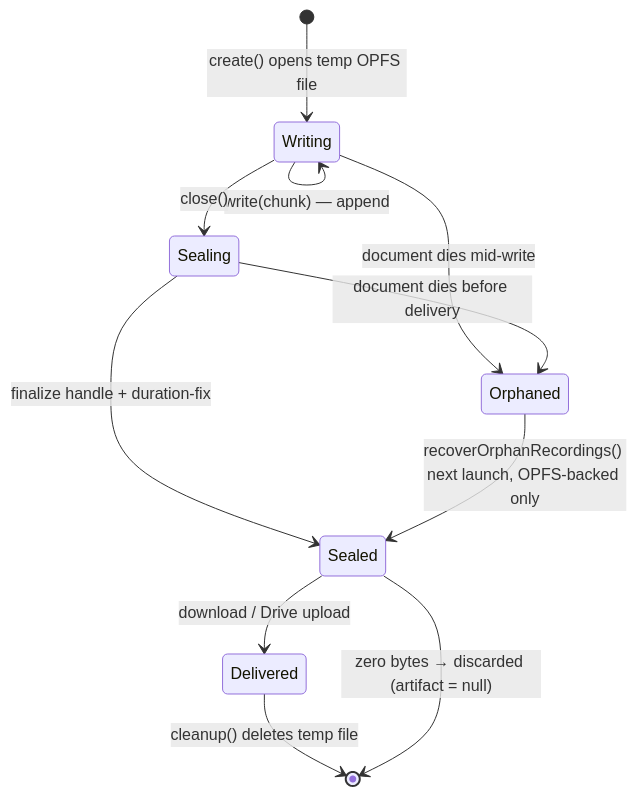
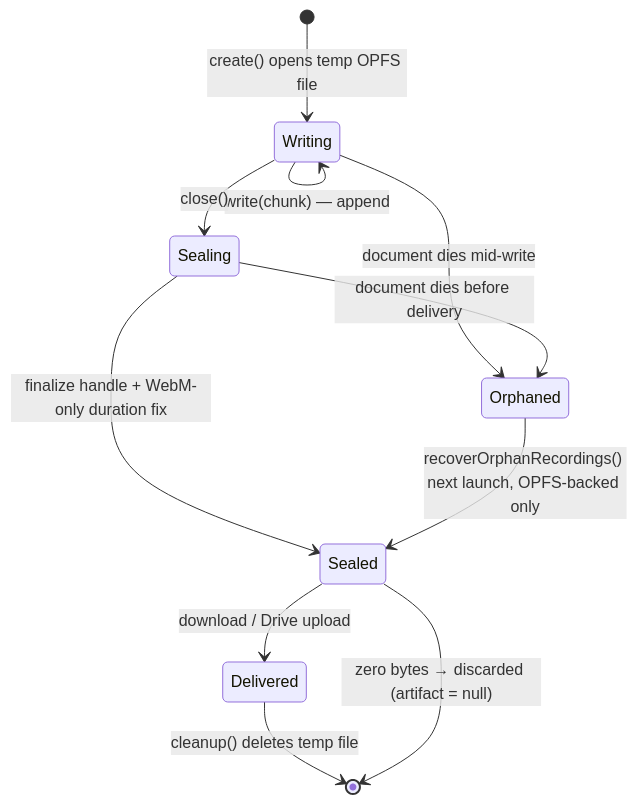
The second of 3 diagrams in src/offscreen/storage/README.md (CorneiZeR/chrome-meeting-recording-extension), drawn with Mermaid before and after one commit. The commit also changed other lines of this file and 5 other files, not shown here.

````diff
--- a/src/offscreen/storage/README.md
+++ b/src/offscreen/storage/README.md
@@ -140,13 +143,13 @@
 ```mermaid
 stateDiagram-v2
     [*] --> Writing: create() opens temp OPFS file
     Writing --> Writing: write(chunk) — append
     Writing --> Sealing: close()
-    Sealing --> Sealed: finalize handle + duration-fix
+    Sealing --> Sealed: finalize handle + WebM-only duration fix
     Sealed --> Delivered: download / Drive upload
     Delivered --> [*]: cleanup() deletes temp file
     Sealed --> [*]: zero bytes → discarded (artifact = null)
     Writing --> Orphaned: document dies mid-write
     Sealing --> Orphaned: document dies before delivery
     Orphaned --> Sealed: recoverOrphanRecordings() next launch, OPFS-backed only
 ```
````
